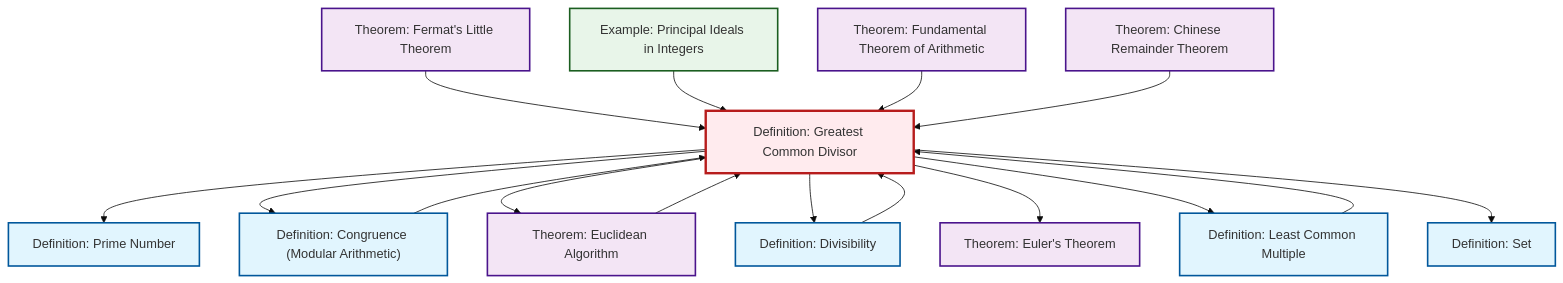
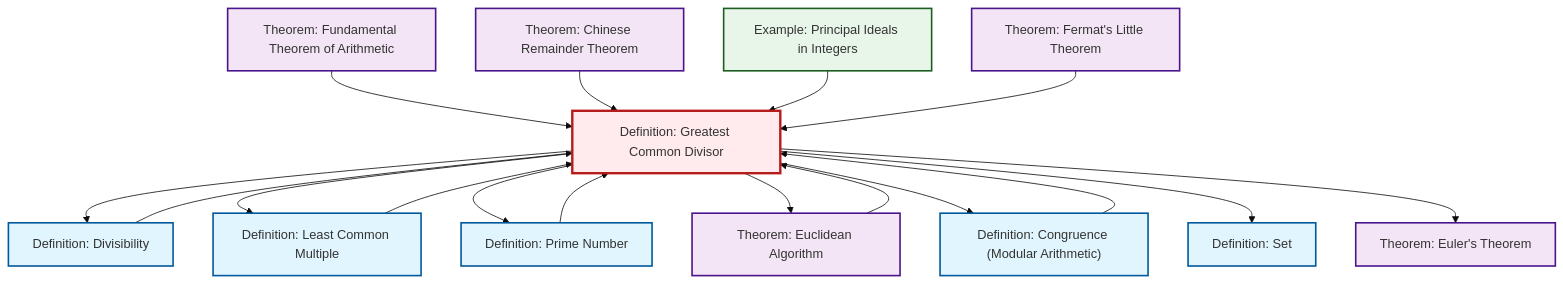
Before and after one commit to RK0429/ModernMath: the second of 2 diagrams in content/ja/number-theory/def-gcd.qmd, drawn with Mermaid (base theme). The commit also changed 654 other files, not shown here.

````diff
--- a/content/ja/number-theory/def-gcd.qmd
+++ b/content/ja/number-theory/def-gcd.qmd
@@ -94,48 +94,49 @@
 ```{mermaid}
 %%| fig-cap: "Local dependency graph"
 graph TD
     classDef definition fill:#e1f5fe,stroke:#01579b,stroke-width:2px
     classDef theorem fill:#f3e5f5,stroke:#4a148c,stroke-width:2px
     classDef axiom fill:#fff3e0,stroke:#e65100,stroke-width:2px
     classDef example fill:#e8f5e9,stroke:#1b5e20,stroke-width:2px
     classDef current fill:#ffebee,stroke:#b71c1c,stroke-width:3px
+    thm-chinese-remainder["Theorem: Chinese Remainder Theorem"]:::theorem
+    def-set["Definition: Set"]:::definition
+    thm-fermat-little["Theorem: Fermat's Little Theorem"]:::theorem
+    thm-euclidean-algorithm["Theorem: Euclidean Algorithm"]:::theorem
     def-gcd["Definition: Greatest Common Divisor"]:::definition
+    def-divisibility["Definition: Divisibility"]:::definition
+    thm-fundamental-arithmetic["Theorem: Fundamental Theorem of Arithmetic"]:::theorem
+    def-lcm["Definition: Least Common Multiple"]:::definition
     thm-euler["Theorem: Euler's Theorem"]:::theorem
-    thm-fermat-little["Theorem: Fermat's Little Theorem"]:::theorem
-    def-set["Definition: Set"]:::definition
-    def-lcm["Definition: Least Common Multiple"]:::definition
-    thm-fundamental-arithmetic["Theorem: Fundamental Theorem of Arithmetic"]:::theorem
+    ex-principal-ideal["Example: Principal Ideals in Integers"]:::example
+    def-prime["Definition: Prime Number"]:::definition
     def-congruence["Definition: Congruence (Modular Arithmetic)"]:::definition
-    ex-principal-ideal["Example: Principal Ideals in Integers"]:::example
-    def-divisibility["Definition: Divisibility"]:::definition
-    thm-chinese-remainder["Theorem: Chinese Remainder Theorem"]:::theorem
-    def-prime["Definition: Prime Number"]:::definition
-    thm-euclidean-algorithm["Theorem: Euclidean Algorithm"]:::theorem
+    def-gcd --> def-divisibility
+    def-gcd --> def-lcm
     def-gcd --> def-prime
+    def-gcd --> thm-euclidean-algorithm
+    thm-euclidean-algorithm --> def-gcd
+    def-congruence --> def-gcd
     def-gcd --> def-congruence
+    def-lcm --> def-gcd
+    def-prime --> def-gcd
+    def-gcd --> def-set
+    thm-fundamental-arithmetic --> def-gcd
+    thm-chinese-remainder --> def-gcd
+    ex-principal-ideal --> def-gcd
+    def-gcd --> thm-euler
+    def-divisibility --> def-gcd
     thm-fermat-little --> def-gcd
-    def-divisibility --> def-gcd
-    def-congruence --> def-gcd
-    def-gcd --> thm-euclidean-algorithm
-    def-gcd --> def-divisibility
-    def-gcd --> thm-euler
-    ex-principal-ideal --> def-gcd
-    thm-fundamental-arithmetic --> def-gcd
-    def-lcm --> def-gcd
-    thm-euclidean-algorithm --> def-gcd
-    def-gcd --> def-lcm
-    def-gcd --> def-set
-    thm-chinese-remainder --> def-gcd
     class def-gcd current
+    click thm-chinese-remainder "thm-chinese-remainder.html" "Theorem: Chinese Remainder Theoremへ"
+    click def-set "def-set.html" "Definition: Setへ"
+    click thm-fermat-little "thm-fermat-little.html" "Theorem: Fermat's Little Theoremへ"
+    click thm-euclidean-algorithm "thm-euclidean-algorithm.html" "Theorem: Euclidean Algorithmへ"
+    click def-divisibility "def-divisibility.html" "Definition: Divisibilityへ"
+    click thm-fundamental-arithmetic "thm-fundamental-arithmetic.html" "Theorem: Fundamental Theorem of Arithmeticへ"
+    click def-lcm "def-lcm.html" "Definition: Least Common Multipleへ"
     click thm-euler "thm-euler.html" "Theorem: Euler's Theoremへ"
-    click thm-fermat-little "thm-fermat-little.html" "Theorem: Fermat's Little Theoremへ"
-    click def-set "def-set.html" "Definition: Setへ"
-    click def-lcm "def-lcm.html" "Definition: Least Common Multipleへ"
-    click thm-fundamental-arithmetic "thm-fundamental-arithmetic.html" "Theorem: Fundamental Theorem of Arithmeticへ"
+    click ex-principal-ideal "ex-principal-ideal.html" "Example: Principal Ideals in Integersへ"
+    click def-prime "def-prime.html" "Definition: Prime Numberへ"
     click def-congruence "def-congruence.html" "Definition: Congruence (Modular Arithmetic)へ"
-    click ex-principal-ideal "ex-principal-ideal.html" "Example: Principal Ideals in Integersへ"
-    click def-divisibility "def-divisibility.html" "Definition: Divisibilityへ"
-    click thm-chinese-remainder "thm-chinese-remainder.html" "Theorem: Chinese Remainder Theoremへ"
-    click def-prime "def-prime.html" "Definition: Prime Numberへ"
-    click thm-euclidean-algorithm "thm-euclidean-algorithm.html" "Theorem: Euclidean Algorithmへ"
 ```
````
